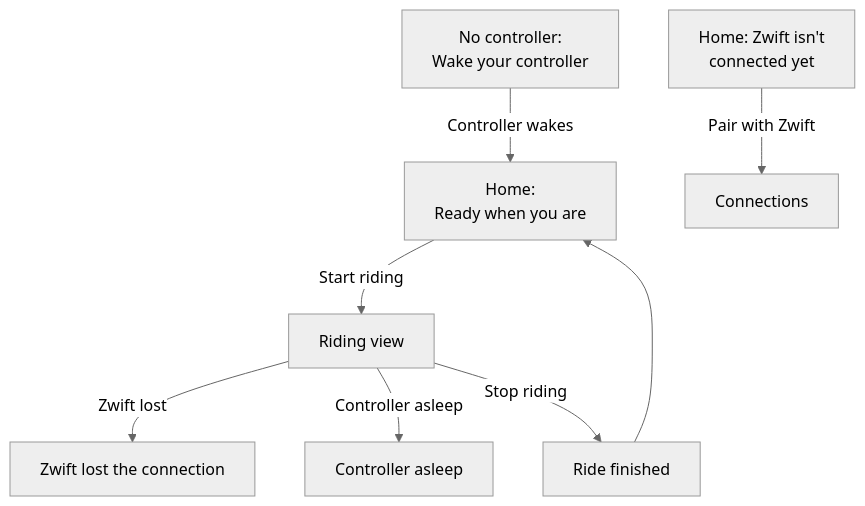
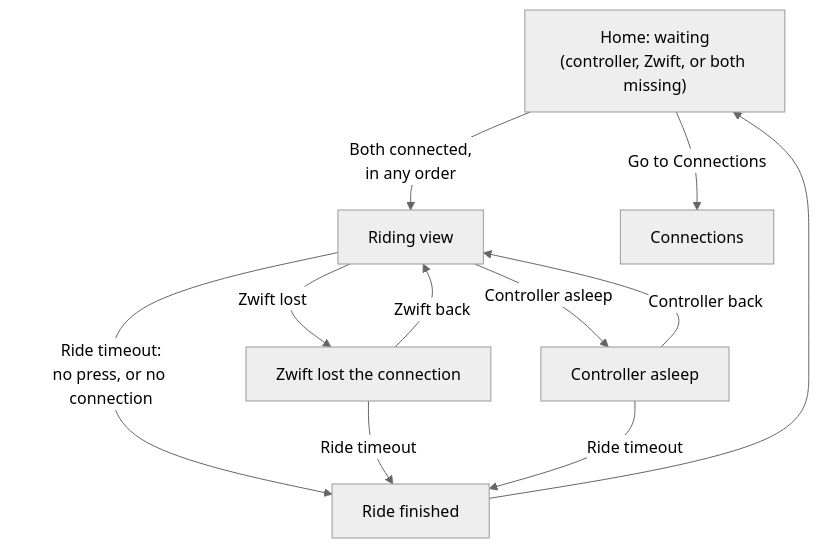
The diagram in docs/spec/screens/ride.md (VoltageSolutions/GameControllerForZwift), drawn with Mermaid (neutral theme) before and after one commit. The commit also changed other lines of this file and 16 other files, not shown here.

````diff
--- a/docs/spec/screens/ride.md
+++ b/docs/spec/screens/ride.md
@@ -14,10 +14,13 @@
 ```mermaid
 flowchart TD
-    H["Home:<br/>Ready when you are"] -->|"Start riding"| R["Riding view"]
-    N["No controller:<br/>Wake your controller"] -->|"Controller wakes"| H
-    Z["Home: Zwift isn't<br/>connected yet"] -->|"Pair with Zwift"| C["Connections"]
+    W["Home: waiting<br/>(controller, Zwift, or both missing)"] -->|"Both connected,<br/>in any order"| R["Riding view"]
+    W -->|"Go to Connections"| C["Connections"]
     R -->|"Zwift lost"| L["Zwift lost the connection"]
     R -->|"Controller asleep"| S["Controller asleep"]
-    R -->|"Stop riding"| F["Ride finished"]
-    F --> H
+    L -->|"Zwift back"| R
+    S -->|"Controller back"| R
+    R -->|"Ride timeout:<br/>no press, or no connection"| F["Ride finished"]
+    L -->|"Ride timeout"| F
+    S -->|"Ride timeout"| F
+    F --> W
 ```
````
